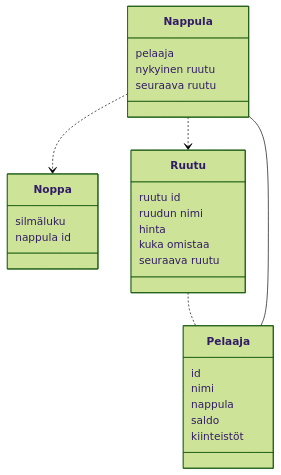
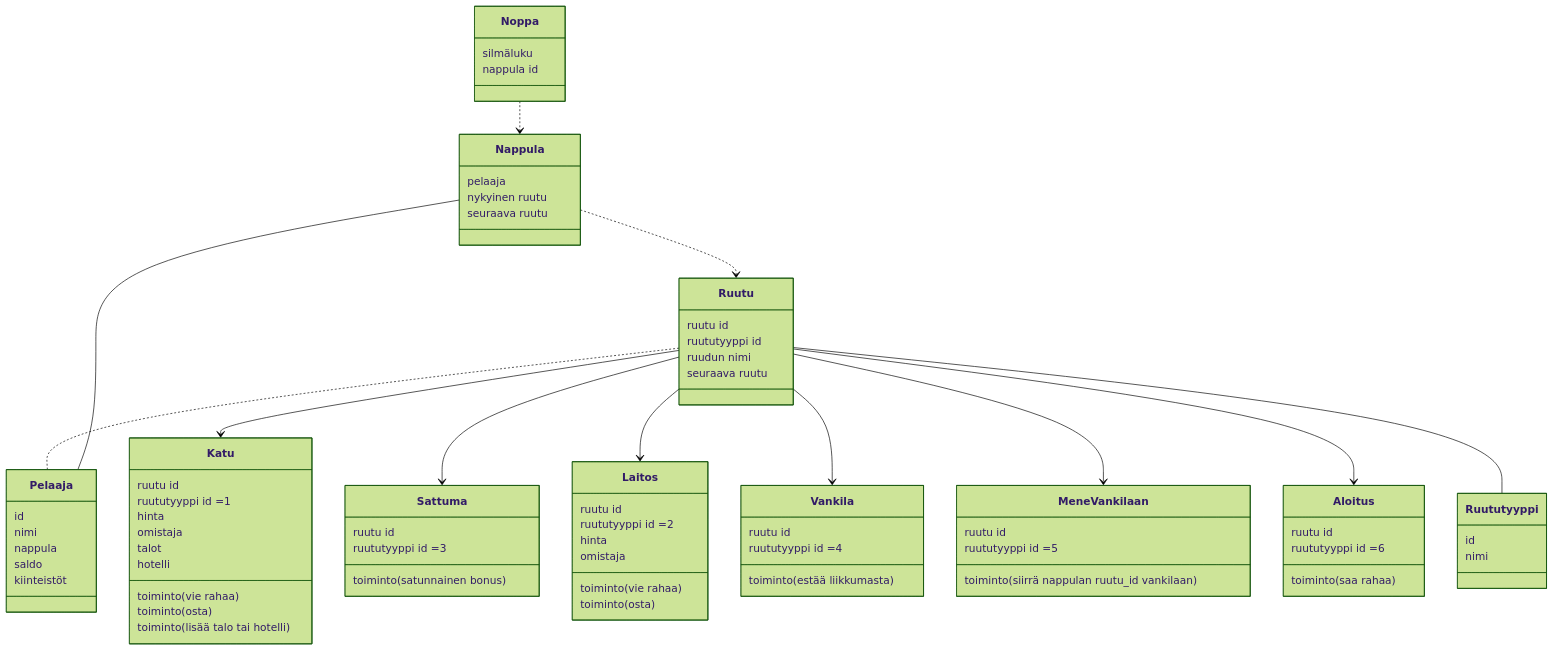
The diagram in laskarit/viikko3/luokkakaavio.md (hcaatu/ot-harjoitustyo), drawn with Mermaid (forest theme) before and after one commit.

Commit message:
monopoli v2

````diff
--- a/laskarit/viikko3/luokkakaavio.md
+++ b/laskarit/viikko3/luokkakaavio.md
@@ -3,17 +3,24 @@
 ```mermaid
  classDiagram
-      Nappula ..> Noppa
+      Noppa ..> Nappula
       Pelaaja -- Nappula
       Nappula ..> Ruutu
       Ruutu .. Pelaaja
+      Ruutu --> Katu
+      Ruutu --> Sattuma
+      Ruutu --> Laitos
+      Ruutu --> Vankila
+      Ruutu --> MeneVankilaan
+      Ruutu --> Aloitus
+      Ruutu -- Ruututyyppi
       
       class Ruutu{
           ruutu id
+          ruututyyppi id
           ruudun nimi
-          hinta
-          kuka omistaa
           seuraava ruutu
       }
+      
       class Pelaaja{
           id
           nimi
@@ -33,4 +40,54 @@
           seuraava ruutu
       }
       
+      class Ruututyyppi{
+          id
+          nimi
+      }
+      
+      class Katu{
+          ruutu id
+          ruututyyppi id =1
+          hinta
+          omistaja
+          talot
+          hotelli
+          toiminto (vie rahaa)
+          toiminto (osta)
+          toiminto (lisää talo tai hotelli)
+      }
+      
+      class Laitos{
+          ruutu id
+          ruututyyppi id =2
+          hinta 
+          omistaja
+          toiminto (vie rahaa)
+          toiminto (osta)
+      }
+          
+      class Sattuma{
+          ruutu id
+          ruututyyppi id =3
+          toiminto (satunnainen bonus)
+      }
+          
+      class Vankila{
+          ruutu id
+          ruututyyppi id =4
+          toiminto (estää liikkumasta)
+      }
+      
+      class MeneVankilaan{
+          ruutu id
+          ruututyyppi id =5
+          toiminto (siirrä nappulan ruutu_id vankilaan)
+      }
+      
+      class Aloitus{
+          ruutu id 
+          ruututyyppi id =6
+          toiminto (saa rahaa)
+      }
+          
 ```
````
